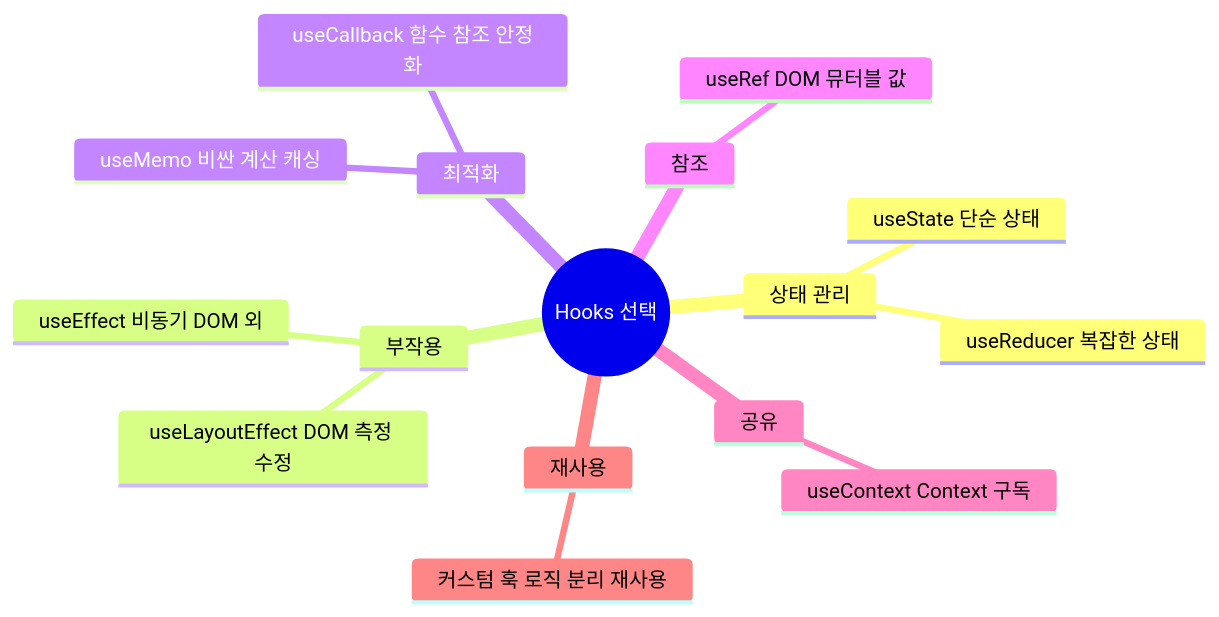
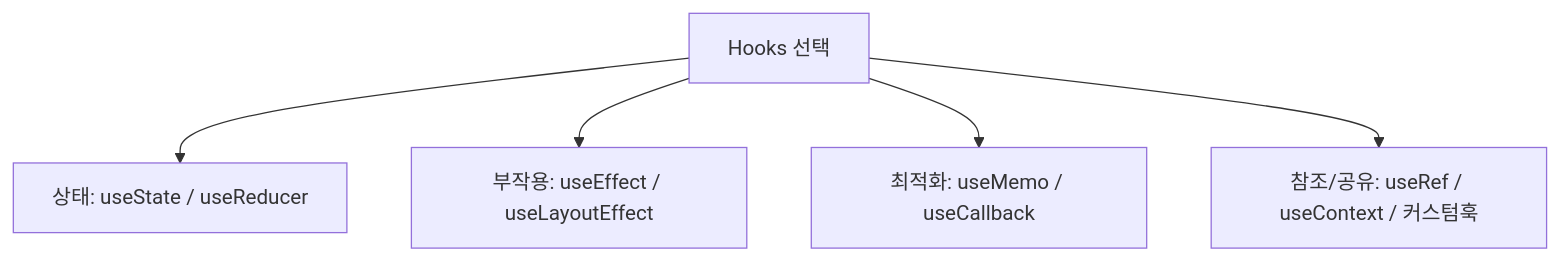
One commit to yjkim2015/yjkim2015.github.io changed the sixth of 6 diagrams in _posts/frontend/2026-05-02-react-hooks.md. Above: the diagram before and after it, drawn with Mermaid. The commit also changed other lines of this file and 215 other files, not shown here.

First line of the commit message:
신규 포스트 10개 추가 + Mermaid 전면 축소 + SystemDesign 시리즈 보강

````diff
--- a/_posts/frontend/2026-05-02-react-hooks.md
+++ b/_posts/frontend/2026-05-02-react-hooks.md
@@ -489,19 +464,7 @@
 ```mermaid
-mindmap
-  root((Hooks 선택))
-    상태 관리
-      useState 단순 상태
-      useReducer 복잡한 상태
-    부작용
-      useEffect 비동기 DOM 외
-      useLayoutEffect DOM 측정 수정
-    최적화
-      useMemo 비싼 계산 캐싱
-      useCallback 함수 참조 안정화
-    참조
-      useRef DOM 뮤터블 값
-    공유
-      useContext Context 구독
-    재사용
-      커스텀 훅 로직 분리 재사용
+graph TD
+    ROOT["Hooks 선택"] --> S["상태: useState / useReducer"]
+    ROOT --> E["부작용: useEffect / useLayoutEffect"]
+    ROOT --> O["최적화: useMemo / useCallback"]
+    ROOT --> R["참조/공유: useRef / useContext / 커스텀훅"]
 ```
````
